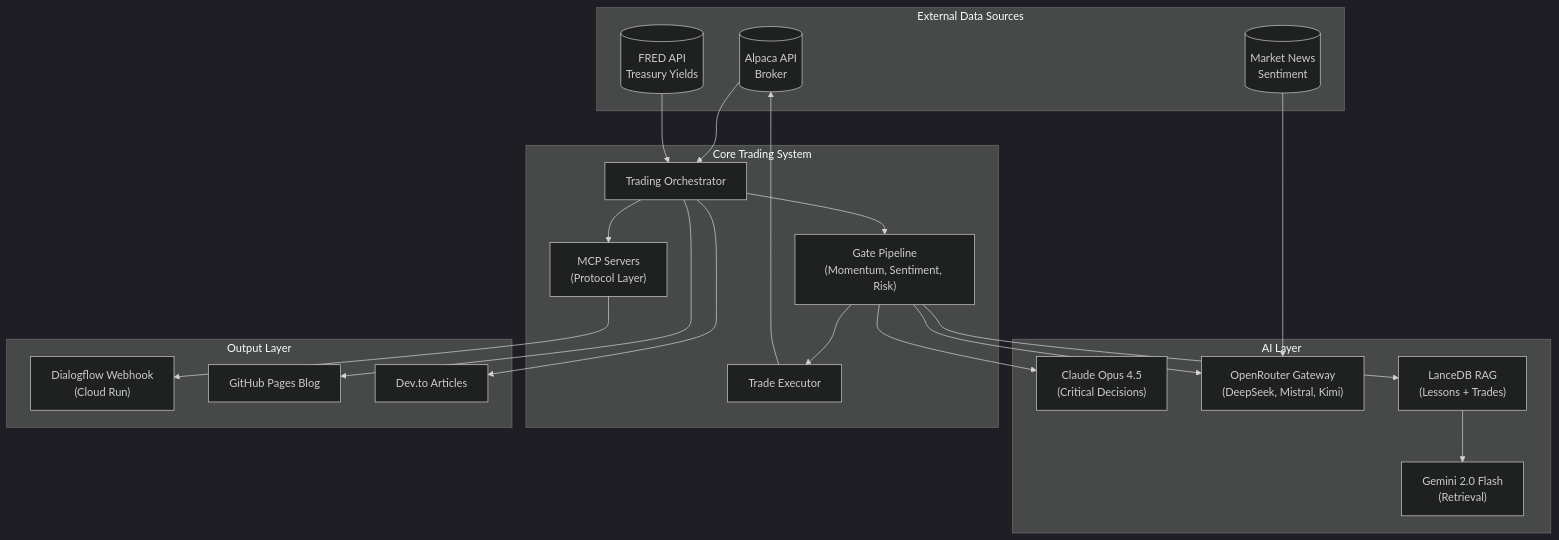
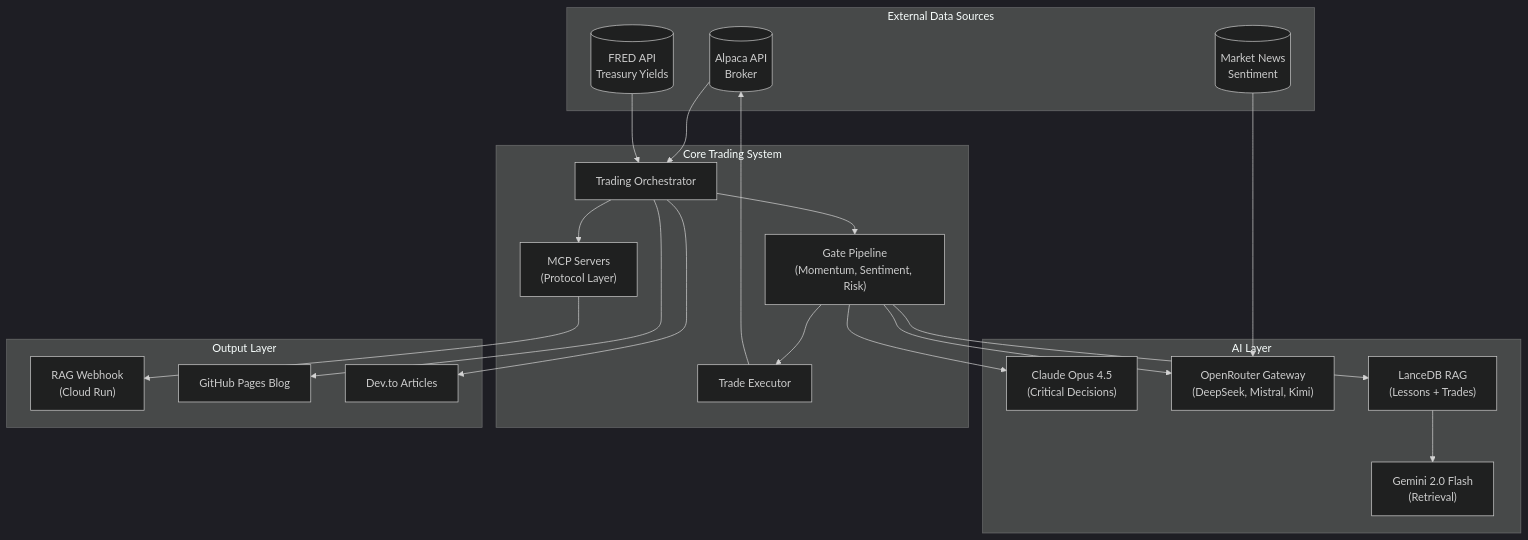
Before and after one commit to webclinic017/trading-spy-iron-condor: the first of 9 diagrams in docs/tech-stack.md, drawn with Mermaid (dark theme). The commit also changed other lines of this file and 179 other files, not shown here.

```diff
--- a/docs/tech-stack.md
+++ b/docs/tech-stack.md
@@ -18,47 +18,47 @@
 <div class="mermaid">
 flowchart TB
     subgraph External["External Data Sources"]
         ALPACA[("Alpaca API<br/>Broker")]
         FRED[("FRED API<br/>Treasury Yields")]
         NEWS[("Market News<br/>Sentiment")]
     end
 
     subgraph AI["AI Layer"]
         CLAUDE["Claude Opus 4.5<br/>(Critical Decisions)"]
         OPENROUTER["OpenRouter Gateway<br/>(DeepSeek, Mistral, Kimi)"]
         RAG["LanceDB RAG<br/>(Lessons + Trades)"]
         GEMINI["Gemini 2.0 Flash<br/>(Retrieval)"]
     end
 
     subgraph CORE["Core Trading System"]
         ORCH["Trading Orchestrator"]
         GATES["Gate Pipeline<br/>(Momentum, Sentiment, Risk)"]
         EXEC["Trade Executor"]
         MCP["MCP Servers<br/>(Protocol Layer)"]
     end
 
     subgraph OUTPUT["Output Layer"]
-        WEBHOOK["Dialogflow Webhook<br/>(Cloud Run)"]
+        WEBHOOK["RAG Webhook<br/>(Cloud Run)"]
         BLOG["GitHub Pages Blog"]
         DEVTO["Dev.to Articles"]
     end
 
     ALPACA --> ORCH
     FRED --> ORCH
     NEWS --> OPENROUTER
 
     ORCH --> GATES
     GATES --> CLAUDE
     GATES --> OPENROUTER
     GATES --> RAG
     RAG --> GEMINI
 
     GATES --> EXEC
     EXEC --> ALPACA
 
     ORCH --> MCP
     MCP --> WEBHOOK
     ORCH --> BLOG
     ORCH --> DEVTO
 
 </div>
```
